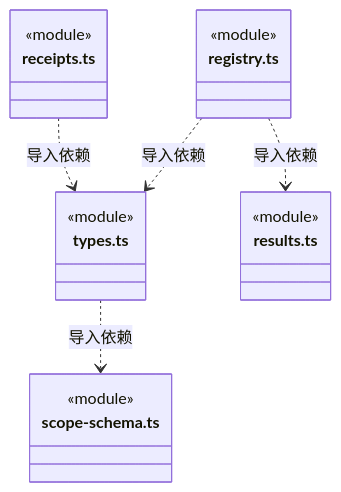
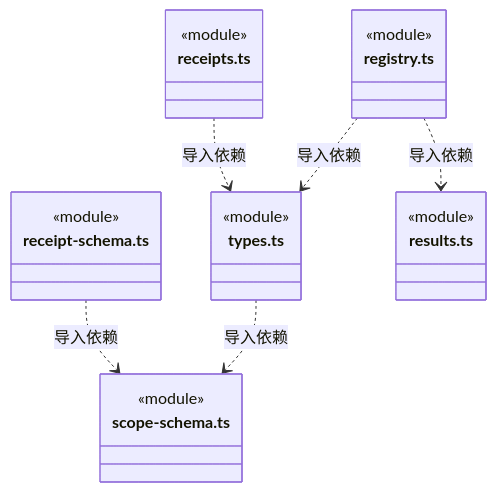
Before and after one commit to nan023062/cbim: the second of 9 diagrams in src/backend/core/tools/ARCHITECTURE.md, drawn with Mermaid. The commit also changed other lines of this file and 27 other files, not shown here.

````diff
--- a/src/backend/core/tools/ARCHITECTURE.md
+++ b/src/backend/core/tools/ARCHITECTURE.md
@@ -49,22 +50,26 @@
 ```mermaid
 classDiagram
+class N_src_backend_core_tools_receipt_schema_ts["receipt-schema.ts"] {
+  <<module>>
+}
 class N_src_backend_core_tools_receipts_ts["receipts.ts"] {
   <<module>>
 }
 class N_src_backend_core_tools_registry_ts["registry.ts"] {
   <<module>>
 }
 class N_src_backend_core_tools_results_ts["results.ts"] {
   <<module>>
 }
 class N_src_backend_core_tools_scope_schema_ts["scope-schema.ts"] {
   <<module>>
 }
 class N_src_backend_core_tools_types_ts["types.ts"] {
   <<module>>
 }
+N_src_backend_core_tools_receipt_schema_ts ..> N_src_backend_core_tools_scope_schema_ts : 导入依赖
 N_src_backend_core_tools_receipts_ts ..> N_src_backend_core_tools_types_ts : 导入依赖
 N_src_backend_core_tools_registry_ts ..> N_src_backend_core_tools_types_ts : 导入依赖
 N_src_backend_core_tools_registry_ts ..> N_src_backend_core_tools_results_ts : 导入依赖
 N_src_backend_core_tools_types_ts ..> N_src_backend_core_tools_scope_schema_ts : 导入依赖
 ```
````
